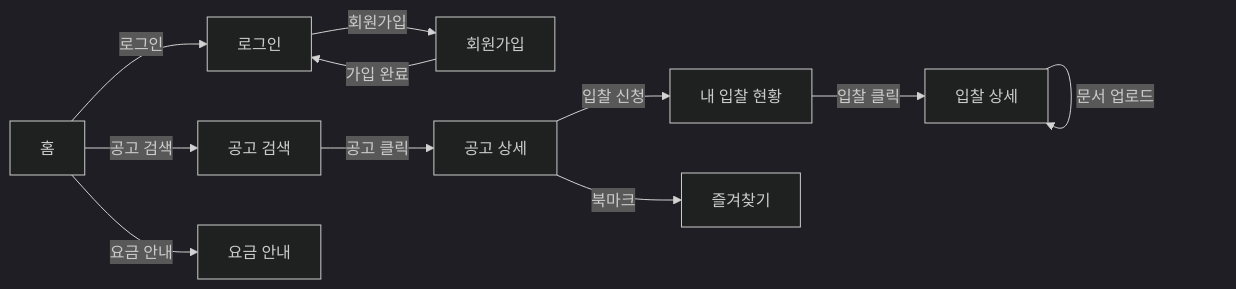
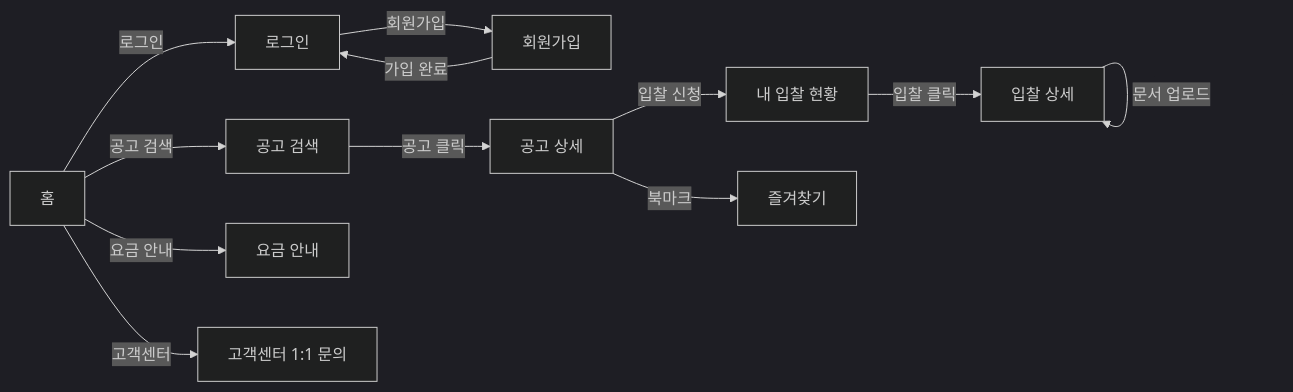
The first of 2 diagrams in docs/T3-3_화면_구조.md (johnnykim7/wjbid), drawn with Mermaid (dark theme) before and after one commit. The commit also changed other lines of this file and 15 other files, not shown here.

````diff
--- a/docs/T3-3_화면_구조.md
+++ b/docs/T3-3_화면_구조.md
@@ -471,13 +517,14 @@
 ```mermaid
 flowchart LR
     HOME[홈] -->|공고 검색| SEARCH[공고 검색]
     HOME -->|로그인| LOGIN[로그인]
     LOGIN -->|회원가입| REGISTER[회원가입]
     REGISTER -->|가입 완료| LOGIN
     SEARCH -->|공고 클릭| DETAIL[공고 상세]
     DETAIL -->|입찰 신청| PROPOSALS[내 입찰 현황]
     DETAIL -->|북마크| BOOKMARKS[즐겨찾기]
     PROPOSALS -->|입찰 클릭| PROPOSAL_DETAIL[입찰 상세]
     PROPOSAL_DETAIL -->|문서 업로드| PROPOSAL_DETAIL
     HOME -->|요금 안내| PRICING[요금 안내]
+    HOME -->|고객센터| SUPPORT[고객센터 1:1 문의]
 ```
````
